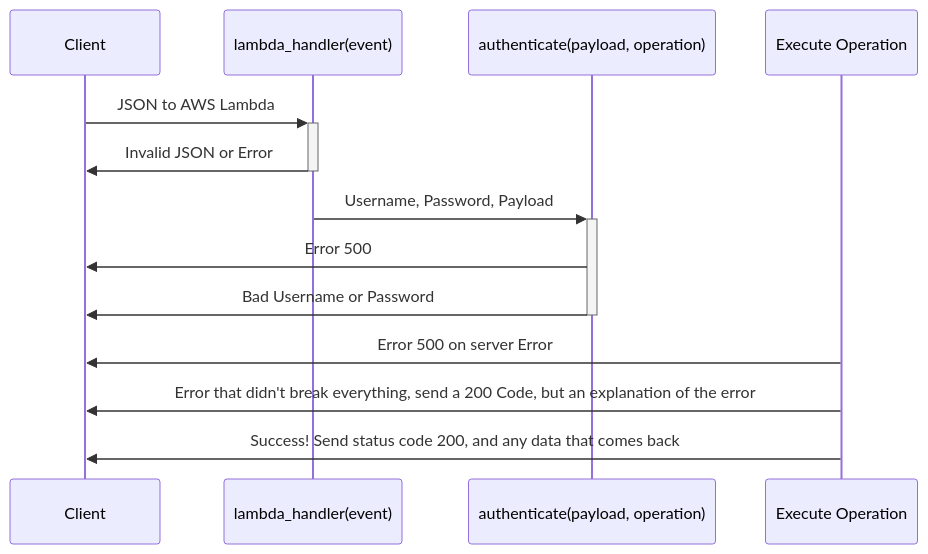
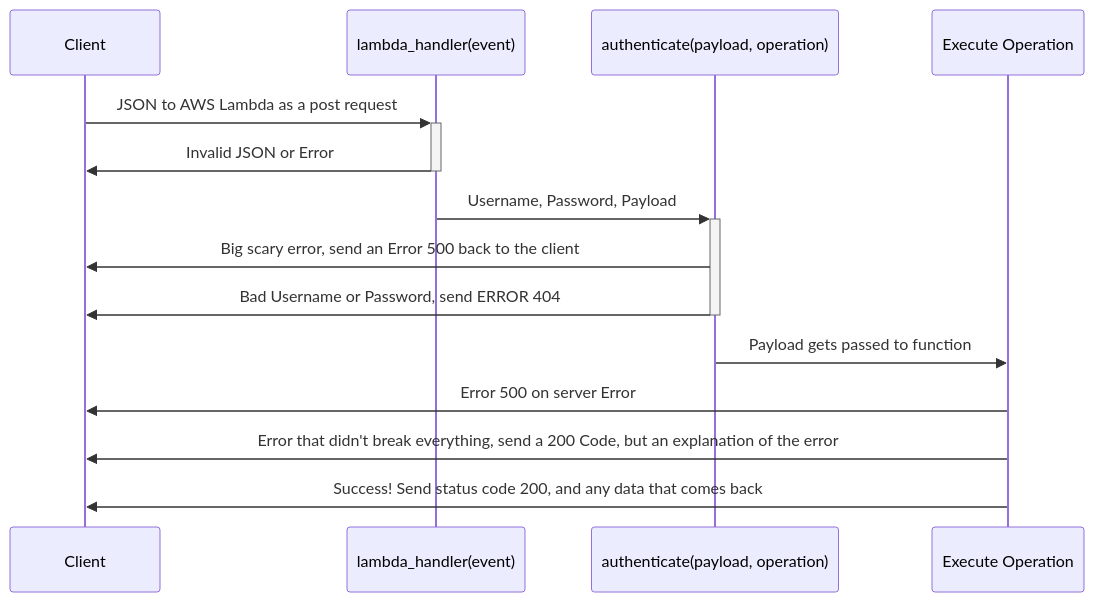
The first of 2 diagrams in documentation/some_reqs.md (patpragman/swe_class_project), drawn with Mermaid before and after one commit.

Commit message:
doc clarification

````diff
--- a/documentation/some_reqs.md
+++ b/documentation/some_reqs.md
@@ -5,18 +7,18 @@
 ```mermaid
 
 sequenceDiagram
     participant A as  Client
     participant B as lambda_handler(event)
     participant C as authenticate(payload, operation)
     participant D as Execute Operation
 
-    A->>+B: JSON to AWS Lambda
+    A->>+B: JSON to AWS Lambda as a post request
     B->>-A: Invalid JSON or Error
     B->>+C: Username, Password, Payload
-    C->>A: Error 500
-    C->>-A: Bad Username or Password
-
+    C->>A: Big scary error, send an Error 500 back to the client
+    C->>-A: Bad Username or Password, send ERROR 404
+    C->>D:  Payload gets passed to function
     D->>A:  Error 500 on server Error
     D->>A:  Error that didn't break everything, send a 200 Code, but an explanation of the error
     D->>A:  Success!  Send status code 200, and any data that comes back
 ```
````
